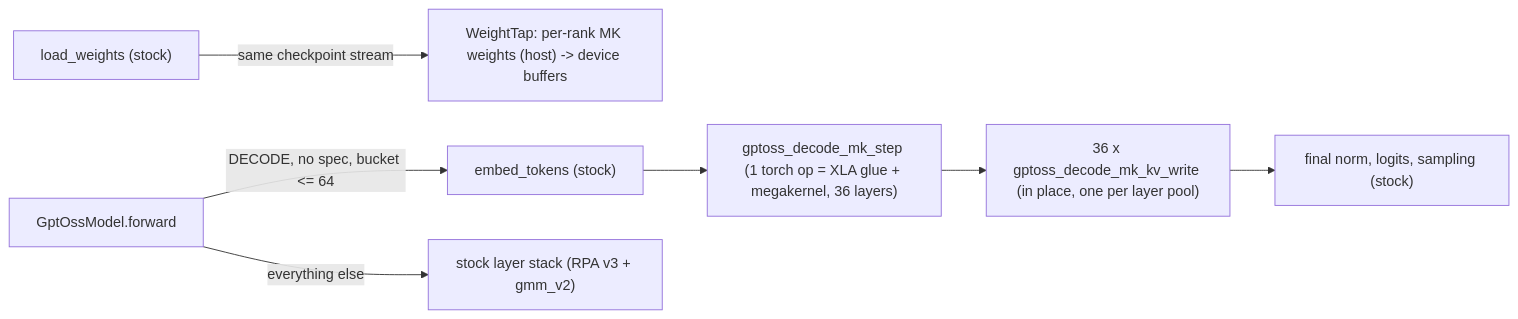
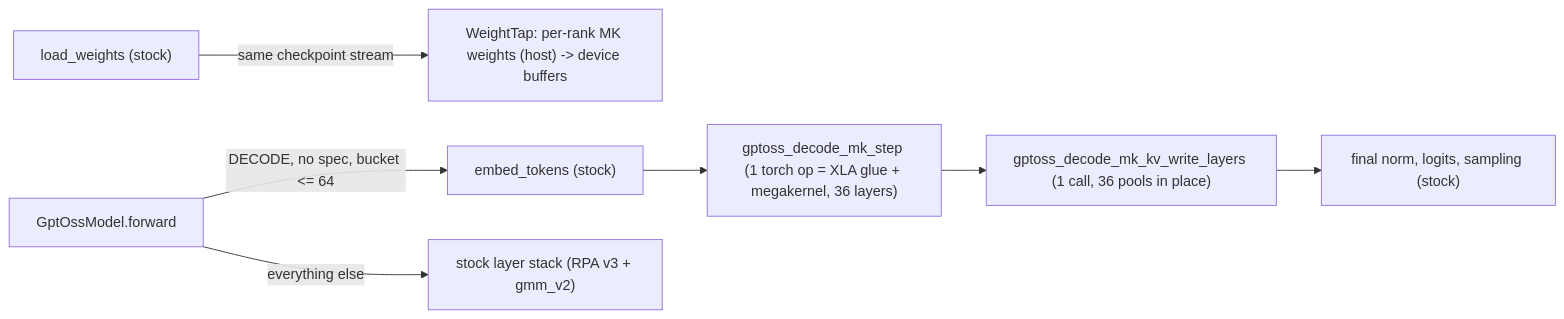
Before and after one commit to SemiAnalysisAI/sglang-torchtpu: the diagram in python/sglang/srt/hardware_backend/tpu/kernels/gptoss_decode_megakernel/INTEGRATION.md, drawn with Mermaid. The commit also changed other lines of this file and 3 other files, not shown here.

First line of the commit message:
tpu: GPT-OSS decode MK KV write without side effects, all layers in one call

````diff
--- a/python/sglang/srt/hardware_backend/tpu/kernels/gptoss_decode_megakernel/INTEGRATION.md
+++ b/python/sglang/srt/hardware_backend/tpu/kernels/gptoss_decode_megakernel/INTEGRATION.md
@@ -20,9 +20,9 @@
 ```mermaid
 flowchart LR
   L["load_weights (stock)"] -->|same checkpoint stream| T["WeightTap: per-rank MK weights (host) -> device buffers"]
   F["GptOssModel.forward"] -->|"DECODE, no spec, bucket <= 64"| E["embed_tokens (stock)"]
   E --> S["gptoss_decode_mk_step (1 torch op = XLA glue + megakernel, 36 layers)"]
-  S --> W["36 x gptoss_decode_mk_kv_write (in place, one per layer pool)"]
+  S --> W["gptoss_decode_mk_kv_write_layers (1 call, 36 pools in place)"]
   W --> N["final norm, logits, sampling (stock)"]
   F -->|"everything else"| K["stock layer stack (RPA v3 + gmm_v2)"]
 ```
````
